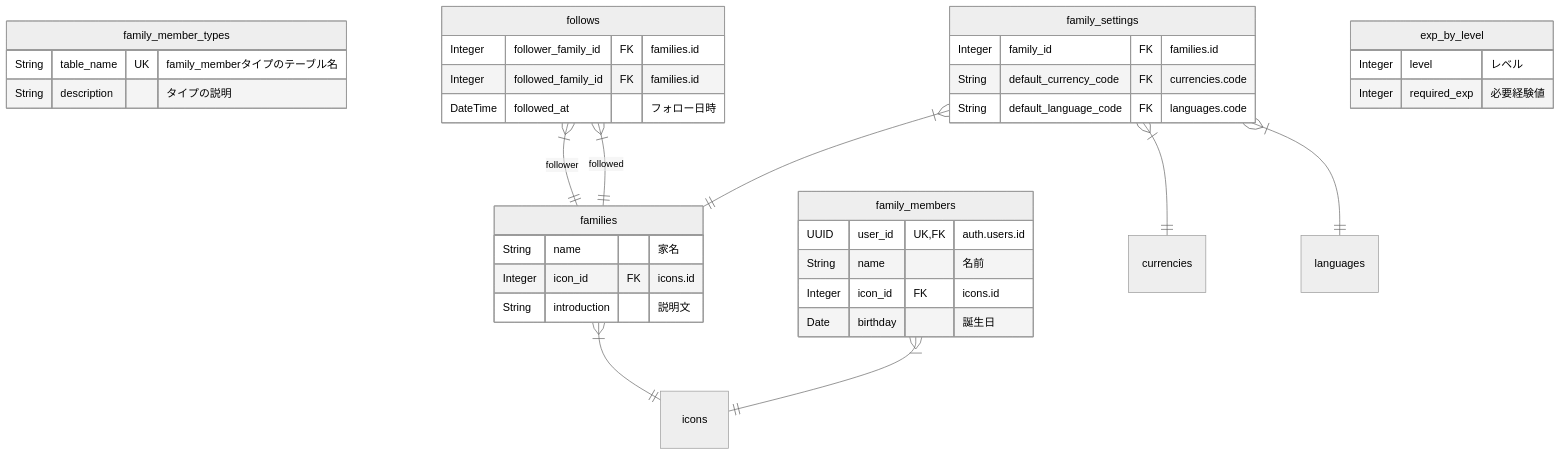
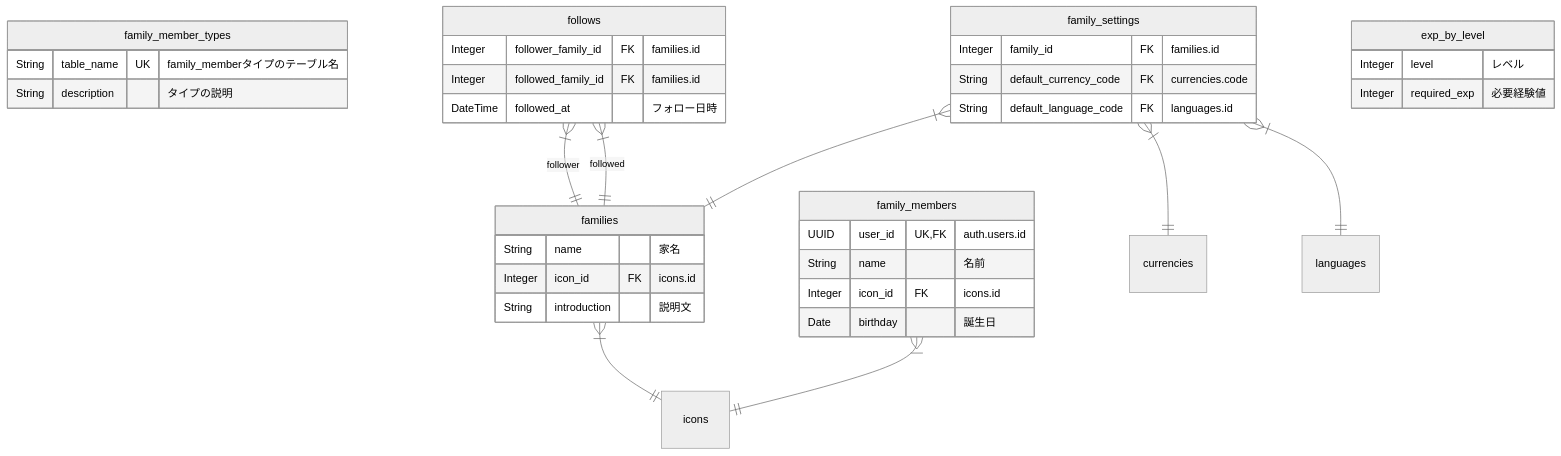
Before and after one commit to shuhei1101/allowance-questboard: the fifth of 17 diagrams in apps/api/docs/ja/uml/erd.md, drawn with Mermaid (neutral theme). The commit also changed other lines of this file and 20 other files, not shown here.

````diff
--- a/apps/api/docs/ja/uml/erd.md
+++ b/apps/api/docs/ja/uml/erd.md
@@ -107,48 +107,48 @@
 ```mermaid
 %% family
 erDiagram
     families {
         %% 履歴あり
         String name "家名"
         Integer icon_id FK "icons.id"
         String introduction "説明文"
     }
 
     family_members {
         UUID user_id UK,FK "auth.users.id"
         String name "名前"
         Integer icon_id FK "icons.id"
         Date birthday "誕生日"
     }
 
     family_member_types {
         String table_name UK "family_memberタイプのテーブル名"
         String description "タイプの説明"
     }
 
     family_settings {
         Integer family_id FK "families.id"
         String default_currency_code FK "currencies.code"
-        String default_language_code FK "languages.code"
+        String default_language_code FK "languages.id"
     }
 
     follows {
         Integer follower_family_id FK "families.id"
         Integer followed_family_id FK "families.id"
         DateTime followed_at "フォロー日時"
     }
 
     exp_by_level {
         Integer level "レベル"
         Integer required_exp "必要経験値"
     }
 
     %% Relationships
     families }|--|| icons: ""
     family_members }|--|| icons: ""
     family_settings }|--|| families: ""
     family_settings }|--|| currencies: ""
     family_settings }|--|| languages: ""
     follows }|--|| families: "follower"
     follows }|--|| families: "followed"
 ```
````
